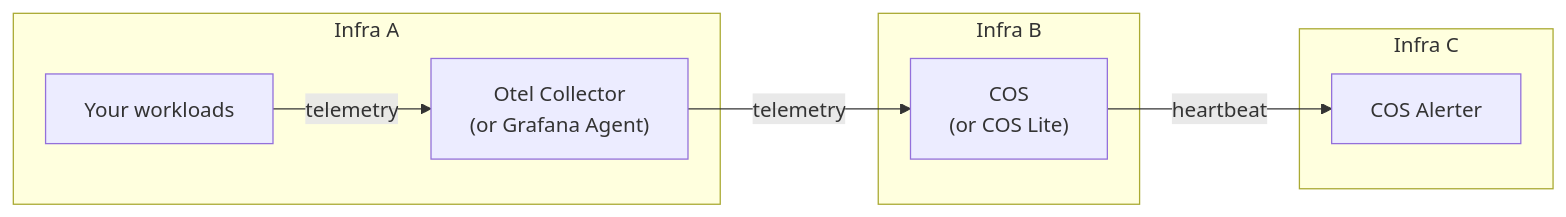
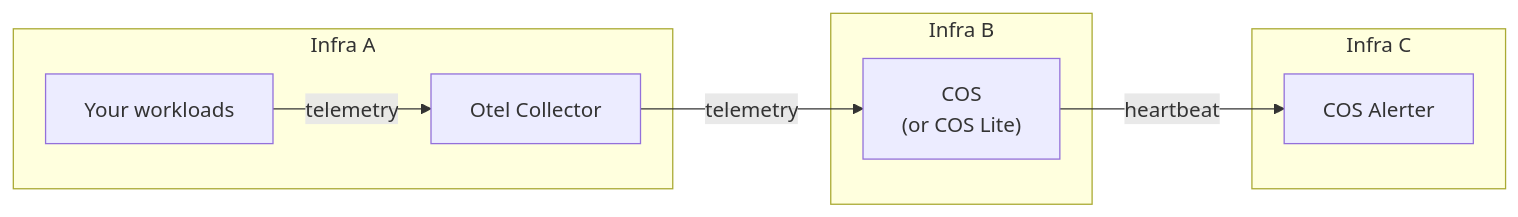
The first of 3 diagrams in docs/reference/best-practices/topology.md (canonical/observability-stack), drawn with Mermaid before and after one commit. The commit also changed other lines of this file and 14 other files, not shown here.

Commit message:
replace grafana-agent with opentelemetry-collector

````diff
--- a/docs/reference/best-practices/topology.md
+++ b/docs/reference/best-practices/topology.md
@@ -13,18 +13,18 @@
 ```{mermaid}
 flowchart LR
 
 subgraph Infra A
-A[Your workloads] -->|telemetry| collector["Otel Collector<br/>(or Grafana Agent)"]
+A[Your workloads] -->|telemetry| collector["Otel Collector"]
 end
 
 subgraph Infra B
 B["COS<br/>(or COS Lite)"]
 end
 
 subgraph Infra C
 C[COS Alerter]
 end
 
 collector -->|telemetry| B
 B -->|heartbeat| C
 ```
````
